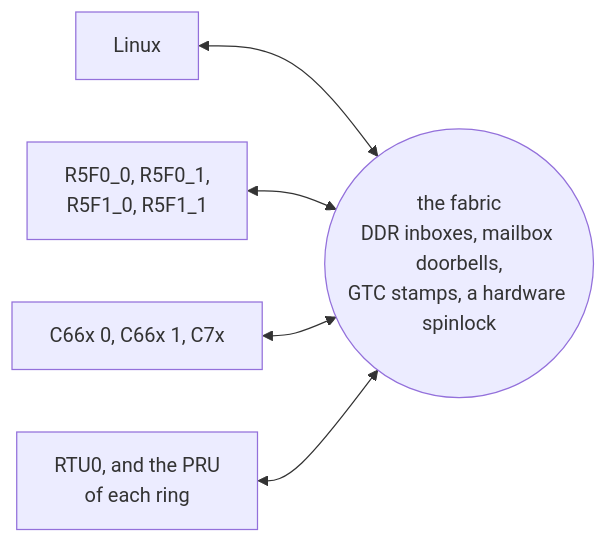
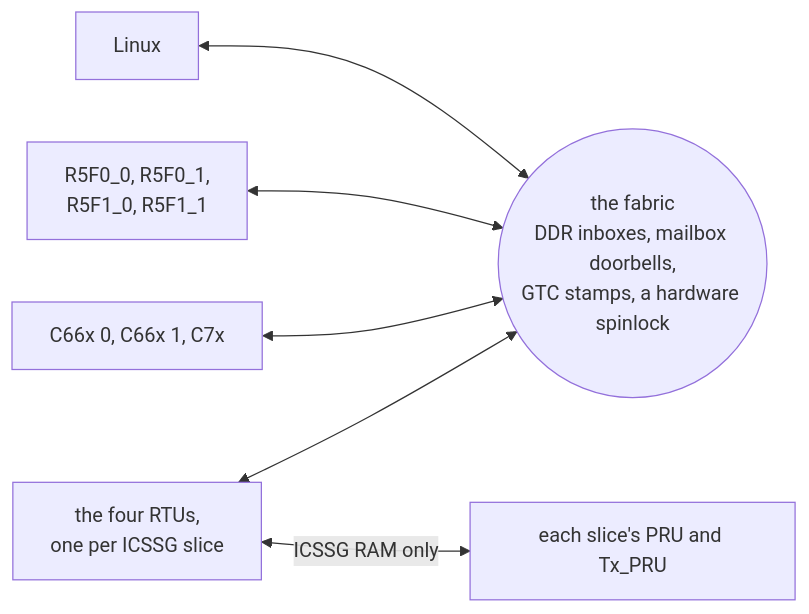
Before and after one commit to kevinacahalan/BeagleBoneAI64-linux-zephyr-pru-c7x-c66x-demo: the second of 2 diagrams in README.md, drawn with Mermaid. The commit also changed other lines of this file and 23 other files, not shown here.

First line of the commit message:
Give every ICSSG slice one talking core and two real-time ones

````diff
--- a/README.md
+++ b/README.md
@@ -37,8 +52,9 @@
 ```mermaid
 flowchart LR
   fab(("the fabric<br/>DDR inboxes, mailbox doorbells,<br/>GTC stamps, a hardware spinlock"))
   l["Linux"] <--> fab
   z["R5F0_0, R5F0_1,<br/>R5F1_0, R5F1_1"] <--> fab
   d["C66x 0, C66x 1, C7x"] <--> fab
-  p["RTU0, and the PRU<br/>of each ring"] <--> fab
+  p["the four RTUs,<br/>one per ICSSG slice"] <--> fab
+  p <-->|"ICSSG RAM only"| rt["each slice's PRU and Tx_PRU"]
 ```
````
